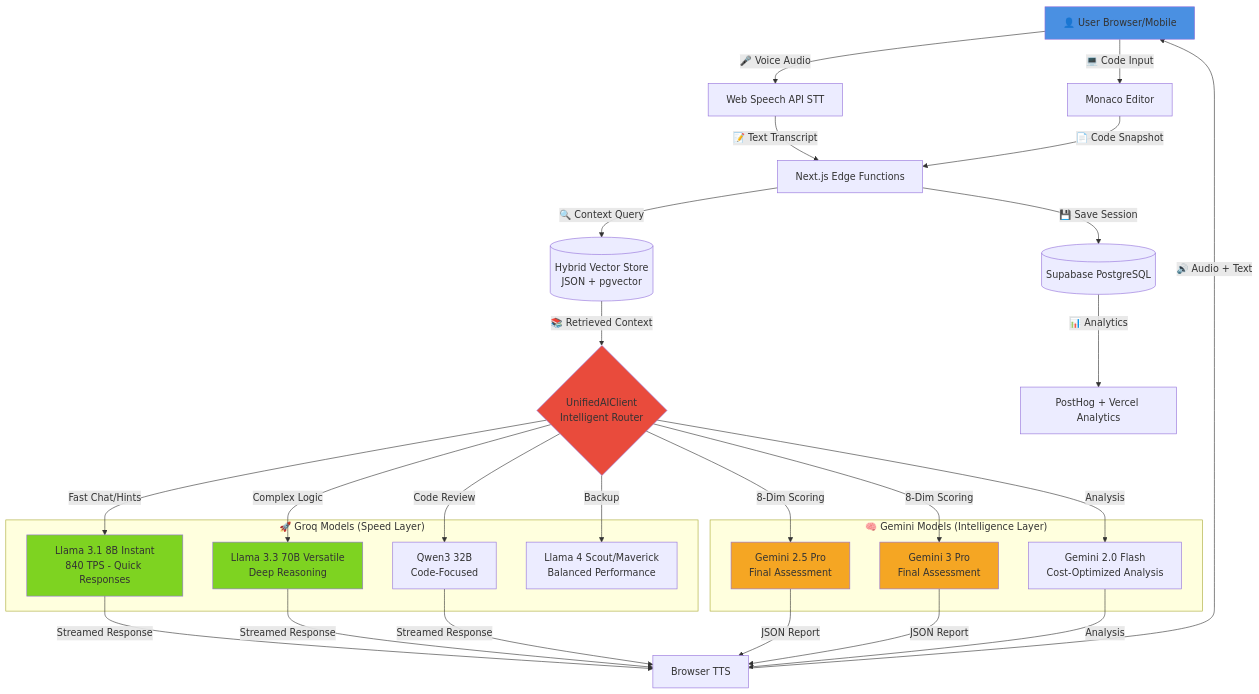
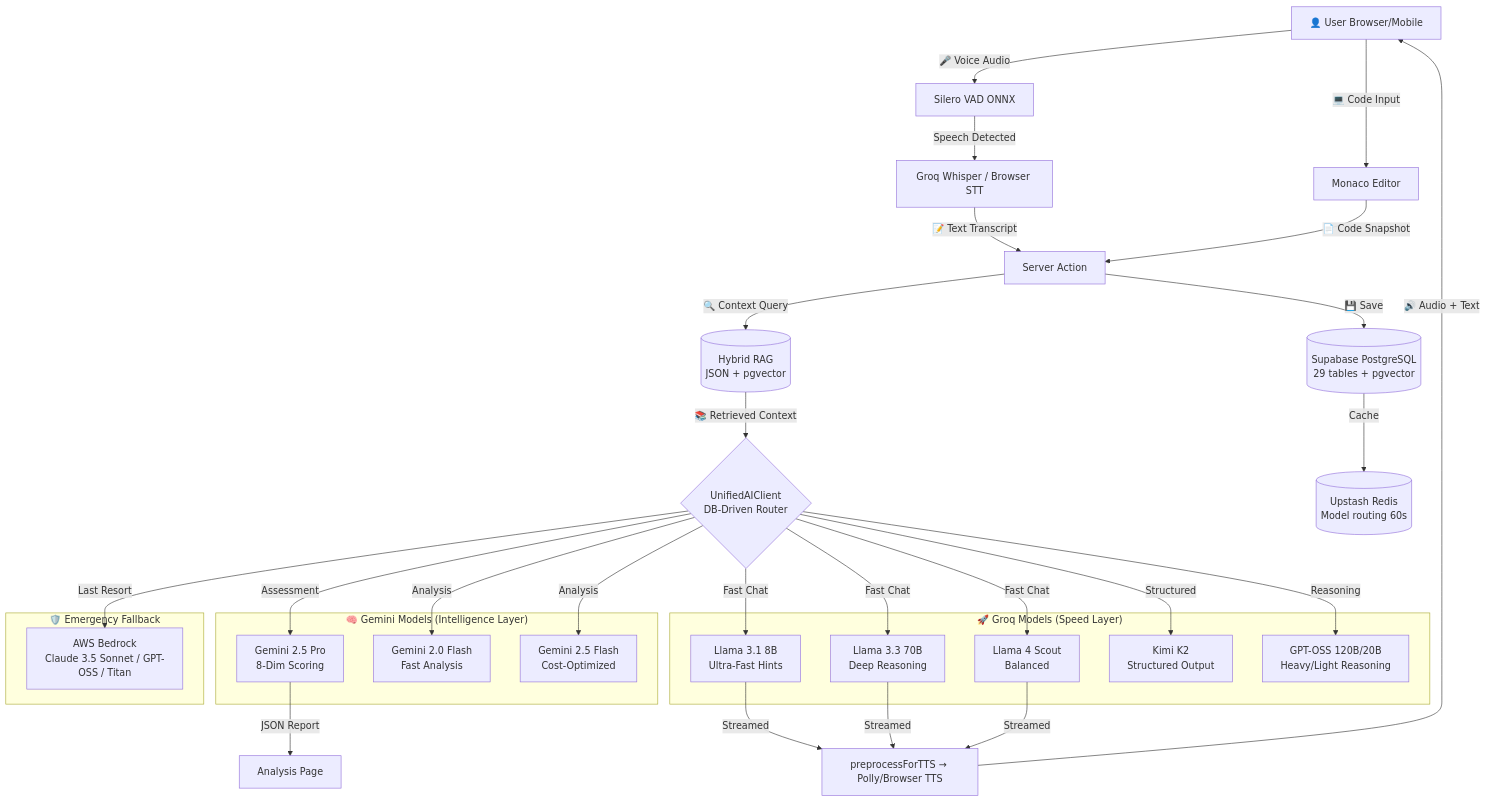
Before and after one commit to ANIRUDDH-001/algomind: the first of 6 diagrams in Algomind.md, drawn with Mermaid. The commit also changed other lines of this file and 1 other file, not shown here.

````diff
--- a/Algomind.md
+++ b/Algomind.md
@@ -485,53 +944,48 @@
 ```mermaid
 graph TD
-    User[👤 User Browser/Mobile] -->|🎤 Voice Audio| STT[Web Speech API STT]
+    User[👤 User Browser/Mobile] -->|🎤 Voice Audio| VAD[Silero VAD ONNX]
     User -->|💻 Code Input| Editor[Monaco Editor]
-    
-    STT -->|📝 Text Transcript| Edge[Next.js Edge Functions]
-    Editor -->|📄 Code Snapshot| Edge
-    
-    Edge -->|🔍 Context Query| VectorDB[(Hybrid Vector Store<br/>JSON + pgvector)]
-    
-    VectorDB -->|📚 Retrieved Context| Router{UnifiedAIClient<br/>Intelligent Router}
-    
+
+    VAD -->|Speech Detected| STT[Groq Whisper / Browser STT]
+    STT -->|📝 Text Transcript| ServerAction[Server Action]
+    Editor -->|📄 Code Snapshot| ServerAction
+
+    ServerAction -->|🔍 Context Query| VectorDB[(Hybrid RAG<br/>JSON + pgvector)]
+
+    VectorDB -->|📚 Retrieved Context| Router{UnifiedAIClient<br/>DB-Driven Router}
+
     subgraph "🚀 Groq Models (Speed Layer)"
-        Groq1[Llama 3.1 8B Instant<br/>840 TPS - Quick Responses]
-        Groq2[Llama 3.3 70B Versatile<br/>Deep Reasoning]
-        Groq3[Qwen3 32B<br/>Code-Focused]
-        Groq4[Llama 4 Scout/Maverick<br/>Balanced Performance]
+        Groq1[Llama 3.1 8B<br/>Ultra-Fast Hints]
+        Groq2[Llama 3.3 70B<br/>Deep Reasoning]
+        Groq3[Llama 4 Scout<br/>Balanced]
+        Groq4[Kimi K2<br/>Structured Output]
+        Groq5[GPT-OSS 120B/20B<br/>Heavy/Light Reasoning]
     end
-    
+
     subgraph "🧠 Gemini Models (Intelligence Layer)"
-        Gemini1[Gemini 2.5 Pro<br/>Final Assessment]
-        Gemini2[Gemini 3 Pro<br/>Final Assessment]
-        Gemini3[Gemini 2.0 Flash<br/>Cost-Optimized Analysis]
+        Gemini1[Gemini 2.5 Pro<br/>8-Dim Scoring]
+        Gemini2[Gemini 2.0 Flash<br/>Fast Analysis]
+        Gemini3[Gemini 2.5 Flash<br/>Cost-Optimized]
     end
-    
-    Router -->|Fast Chat/Hints| Groq1
-    Router -->|Complex Logic| Groq2
-    Router -->|Code Review| Groq3
-    Router -->|Backup| Groq4
-    
-    Router -->|8-Dim Scoring| Gemini1
-    Router -->|8-Dim Scoring| Gemini2
-    Router -->|Analysis| Gemini3
-    
-    Groq1 -->|Streamed Response| TTS[Browser TTS]
-    Groq2 -->|Streamed Response| TTS
-    Groq3 -->|Streamed Response| TTS
-    Gemini1 -->|JSON Report| TTS
-    Gemini2 -->|JSON Report| TTS
-    Gemini3 -->|Analysis| TTS
-    
+
+    subgraph "🛡️ Emergency Fallback"
+        Bedrock[AWS Bedrock<br/>Claude 3.5 Sonnet / GPT-OSS / Titan]
+    end
+
+    Router -->|Fast Chat| Groq1 & Groq2 & Groq3
+    Router -->|Structured| Groq4
+    Router -->|Reasoning| Groq5
+
+    Router -->|Assessment| Gemini1
+    Router -->|Analysis| Gemini2 & Gemini3
+
+    Router -->|Last Resort| Bedrock
+
+    Groq1 & Groq2 & Groq3 -->|Streamed| TTS[preprocessForTTS → Polly/Browser TTS]
+    Gemini1 -->|JSON Report| Analysis[Analysis Page]
+
     TTS -->|🔊 Audio + Text| User
-    
-    Edge -->|💾 Save Session| Database[(Supabase PostgreSQL)]
-    Database -->|📊 Analytics| Monitoring[PostHog + Vercel Analytics]
-    
-    style User fill:#4A90E2
-    style Router fill:#E94B3C
-    style Groq1 fill:#7ED321
-    style Groq2 fill:#7ED321
-    style Gemini1 fill:#F5A623
-    style Gemini2 fill:#F5A623
+
+    ServerAction -->|💾 Save| DB[(Supabase PostgreSQL<br/>29 tables + pgvector)]
+    DB -->|Cache| Redis[(Upstash Redis<br/>Model routing 60s)]
 ```
````
